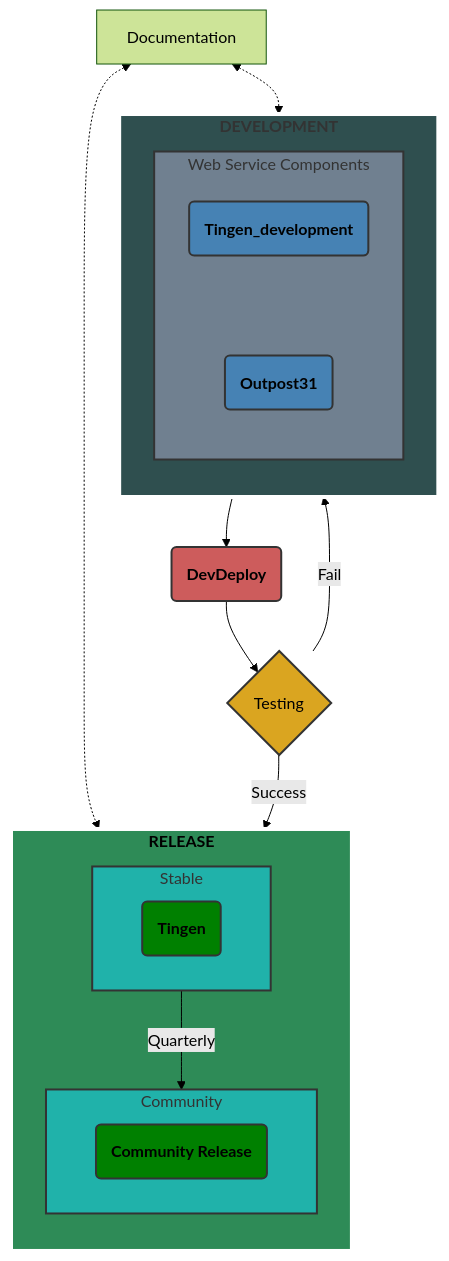
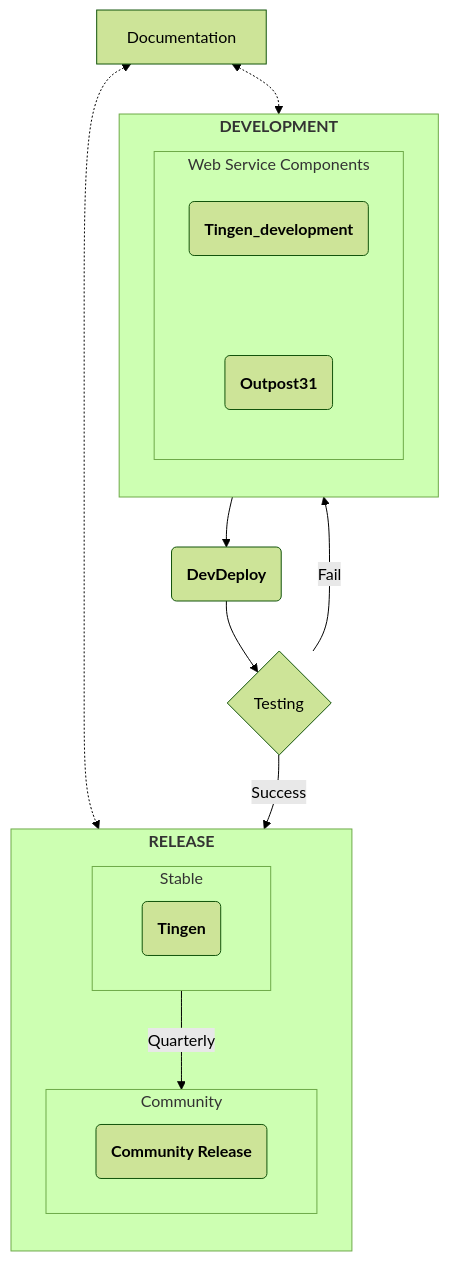
The diagram in README.md (spectrum-health-systems/Tingen), drawn with Mermaid (forest theme) before and after one commit.

````diff
--- a/README.md
+++ b/README.md
@@ -46,44 +46,34 @@
 ```mermaid
 flowchart TB
   Documentation <-.-> Development
   Documentation <-.-> Release
   subgraph Development["`**DEVELOPMENT**`"]
     direction TB
       subgraph WebServiceComponents["Web Service Components"]
         direction TB
         TingenDevelopment("`**Tingen_development**`") ~~~ Outpost31("`**Outpost31**`") 
       end     
   end
     Development --> DevDeploy("`**DevDeploy**`") --> Testing{"Testing"}
     Testing -- Fail --> Development
     Testing -- Success --> Release
   subgraph Release["`**RELEASE**`"]
     direction TB
       subgraph Stable["Stable"]
         Tingen("`**Tingen**`")
       end
       subgraph Community["Community"]
         CommunityRelease("`**Community Release**`")
       end   
   end
   Stable -- Quarterly --> Community
 
-  style Development fill:darkslategrey,stroke:#FFFFFF,stroke-width:4px
-  style WebServiceComponents fill:slategrey,stroke:#333,stroke-width:2px
-  style TingenDevelopment fill:steelblue,stroke:#333,stroke-width:2px
-  style Outpost31 fill:steelblue,stroke:#333,stroke-width:2px
-  style DevDeploy fill:indianred,stroke:#333,stroke-width:2px        
-  style Testing fill:goldenrod,stroke:#333,stroke-width:2px,color:#000000 
-  style Release fill:seagreen,stroke:#FFFFFF,stroke-width:4px,color:black
-  style Stable fill:lightseagreen,stroke:#333,stroke-width:2px
-  style Tingen fill:green,stroke:#333,stroke-width:2px
-  style Community fill:lightseagreen,stroke:#333,stroke-width:2px
-  style CommunityRelease fill:green,stroke:#333,stroke-width:2px
+
 
   click TingenDocumentation "https://github.com/spectrum-health-systems/Tingen-Documentation"
   click TingenDevelopment "https://github.com/spectrum-health-systems/Tingen_development"
   click Outpost31 "https://github.com/spectrum-health-systems/Outpost31"
   click DevDeploy "https://github.com/spectrum-health-systems/Tingen-DevDeploy"
   click Tingen "https://github.com/spectrum-health-systems/Tingen"
   click CommunityRelease "https://github.com/spectrum-health-systems/Tingen-CommunityRelease"
 ```
````
